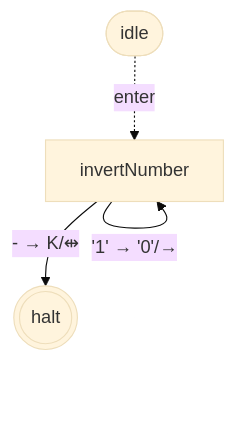
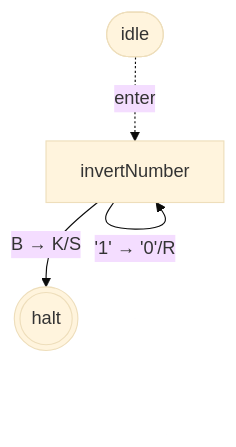
Before and after one commit to mellonis/turing-machine-js: the third of 4 diagrams in packages/library-binary-numbers-bare/states.md, drawn with Mermaid (base theme). The commit also changed other lines of this file and 14 other files, not shown here.

First line of the commit message:
polish(emit + docs): readable vocabulary, removed hand-drawn diagrams, dogfooded `summarize`

````diff
--- a/packages/library-binary-numbers-bare/states.md
+++ b/packages/library-binary-numbers-bare/states.md
@@ -45,11 +45,11 @@
 ```mermaid
 flowchart TD
 %% alphabets: [[" ","0","1"]]
   s0(((halt)))
   s5["invertNumber"]
   idle([idle])
   idle -. enter .-> s5
-  s5 -- "'0' → '1'/→" --> s5
-  s5 -- "'1' → '0'/→" --> s5
-  s5 -- "- → K/⇹" --> s0
+  s5 -- "'0' → '1'/R" --> s5
+  s5 -- "'1' → '0'/R" --> s5
+  s5 -- "B → K/S" --> s0
 ```
````
